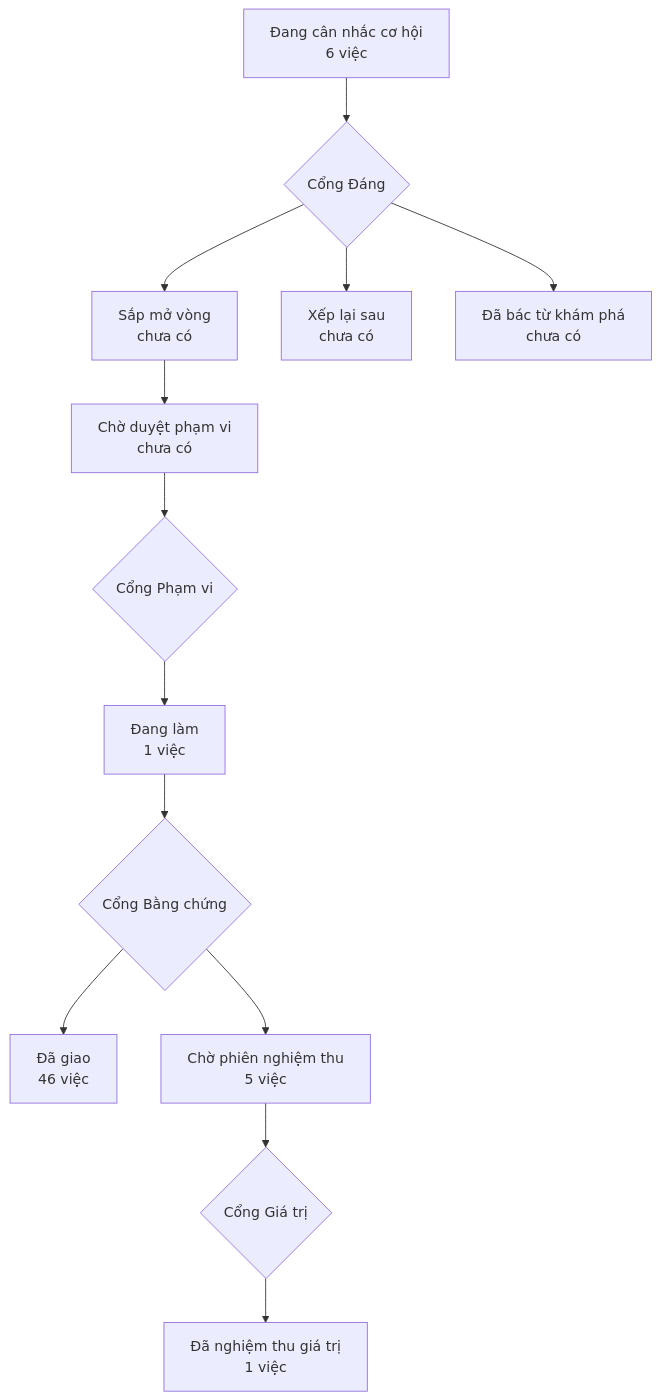
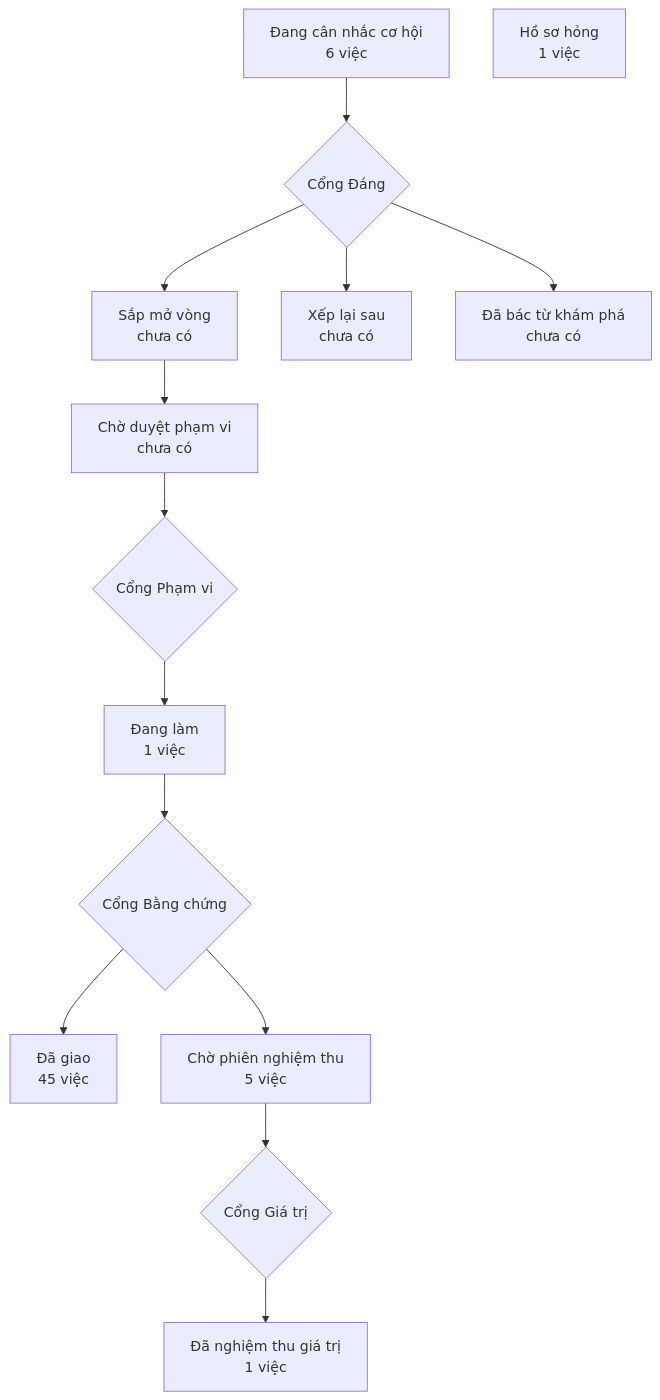
The diagram in PRODUCT-MAP.md (phanlemanh/crm-onehub), drawn with Mermaid before and after one commit. The commit also changed other lines of this file and 5 other files, not shown here.

````diff
--- a/PRODUCT-MAP.md
+++ b/PRODUCT-MAP.md
@@ -6,12 +6,13 @@
 ```mermaid
 flowchart TD
   A["Đang cân nhắc cơ hội<br/>6 việc"] --> GD{"Cổng Đáng"}
   GD --> B["Sắp mở vòng<br/>chưa có"]
   GD --> XL["Xếp lại sau<br/>chưa có"]
   GD --> DB["Đã bác từ khám phá<br/>chưa có"]
   B --> CD["Chờ duyệt phạm vi<br/>chưa có"] --> GP{"Cổng Phạm vi"}
   GP --> DL["Đang làm<br/>1 việc"] --> GB{"Cổng Bằng chứng"}
-  GB --> DG["Đã giao<br/>46 việc"]
+  GB --> DG["Đã giao<br/>45 việc"]
   GB --> CN["Chờ phiên nghiệm thu<br/>5 việc"] --> GG{"Cổng Giá trị"}
   GG --> NT["Đã nghiệm thu giá trị<br/>1 việc"]
+  HS["Hồ sơ hỏng<br/>1 việc"]
 ```
````
